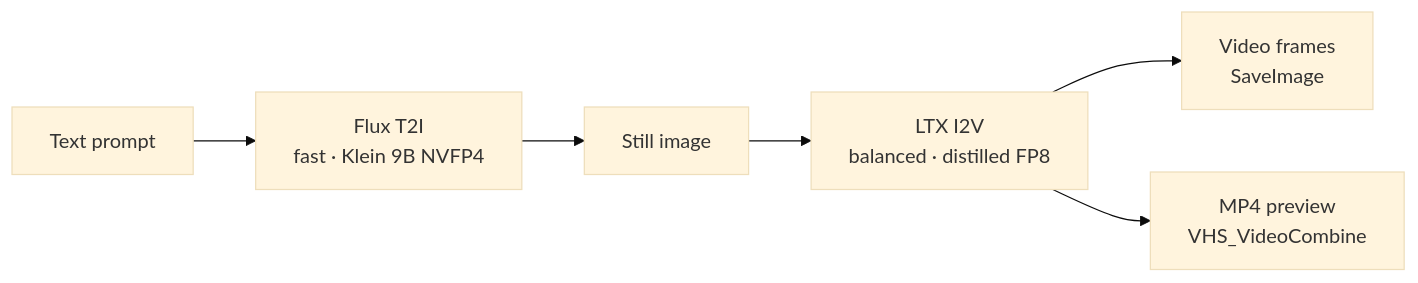
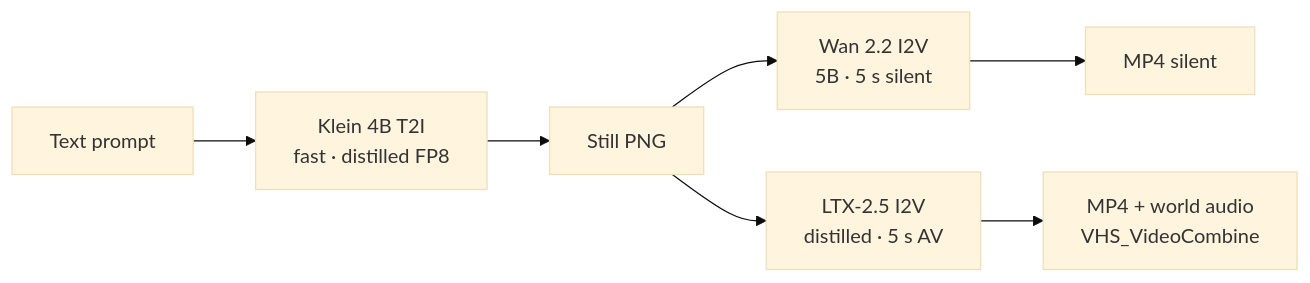
The second of 5 diagrams in docs/visual-generative-ai.md (toxicoder/ez-comfy-stack), drawn with Mermaid (base theme) before and after one commit. The commit also changed other lines of this file and 142 other files, not shown here.

````diff
--- a/docs/visual-generative-ai.md
+++ b/docs/visual-generative-ai.md
@@ -78,8 +86,9 @@
 ```mermaid
 flowchart LR
-  Prompt["Text prompt"] --> Flux["Flux T2I<br/>fast · Klein 9B NVFP4"]
-  Flux --> Image["Still image"]
-  Image --> LTX["LTX I2V<br/>balanced · distilled FP8"]
-  LTX --> Frames["Video frames<br/>SaveImage"]
-  LTX --> Mp4["MP4 preview<br/>VHS_VideoCombine"]
+  Prompt["Text prompt"] --> Klein["Klein 4B T2I<br/>fast · distilled FP8"]
+  Klein --> Image["Still PNG"]
+  Image --> Wan["Wan 2.2 I2V<br/>5B · 5 s silent"]
+  Wan --> Silent["MP4 silent"]
+  Image --> LTX["LTX-2.5 I2V<br/>distilled · 5 s AV"]
+  LTX --> Mp4["MP4 + world audio<br/>VHS_VideoCombine"]
 ```
````
